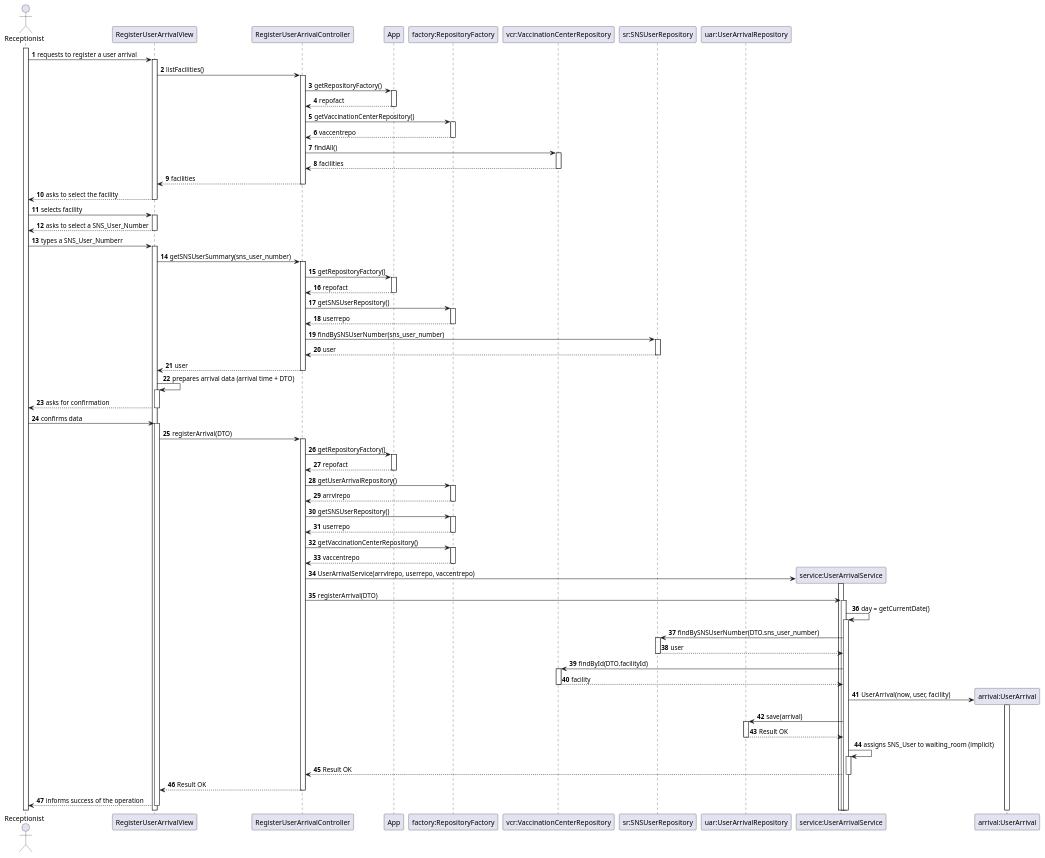
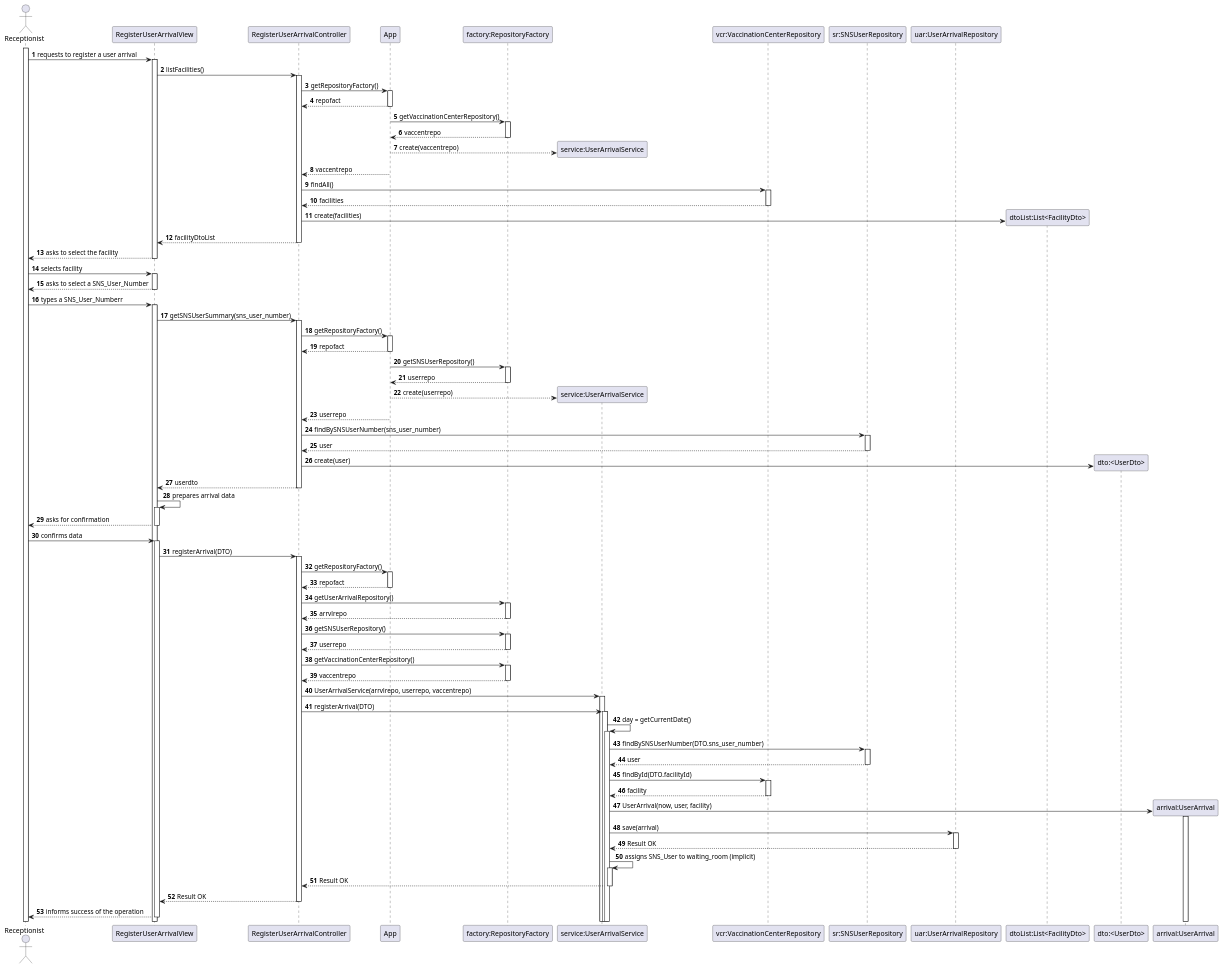
Before and after one commit to Parafita123/leti-esoft-25-26-B1: the diagram in docs/system-documentation/US22/puml/US22-SD.puml, drawn with PlantUML. The commit also changed 250 other files, not shown here.

```diff
--- a/docs/system-documentation/US22/puml/US22-SD.puml
+++ b/docs/system-documentation/US22/puml/US22-SD.puml
@@ -1,86 +1,93 @@
 @startuml
 'https://plantuml.com/sequence-diagram
 autoactivate on
 autonumber
 
 
 actor Receptionist as recep
 participant RegisterUserArrivalView as View
 participant RegisterUserArrivalController as controller
 participant App as app
 
 activate recep
 
 participant "factory:RepositoryFactory" as repofact
+participant "service:UserArrivalService" as service
 participant "vcr:VaccinationCenterRepository" as vaccentrepo
 participant "sr:SNSUserRepository" as userrepo
 participant "uar:UserArrivalRepository" as arrvlrepo
+participant "dtoList:List<FacilityDto>" as FacilityDtoList
+participant "dto:<UserDto>" as userdto
 
-participant "service:UserArrivalService" as service
 participant "arrival:UserArrival" as arrival
 
 
 recep -> View: requests to register a user arrival
 
 View -> controller: listFacilities()
 controller -> app: getRepositoryFactory()
 app --> controller: repofact
-controller -> repofact: getVaccinationCenterRepository()
-repofact --> controller: vaccentrepo
+app -> repofact: getVaccinationCenterRepository()
+repofact --> app: vaccentrepo
+app --> service**: create(vaccentrepo)
+app --> controller: vaccentrepo
 controller -> vaccentrepo: findAll()
 vaccentrepo --> controller: facilities
-controller --> View: facilities
+controller -> FacilityDtoList**: create(facilities)
+controller --> View: facilityDtoList
 
 View --> recep: asks to select the facility
 recep -> View: selects facility
 
 View --> recep: asks to select a SNS_User_Number
 recep -> View:  types a SNS_User_Numberr
 
 View -> controller: getSNSUserSummary(sns_user_number)
 controller -> app: getRepositoryFactory()
 app --> controller: repofact
-controller -> repofact: getSNSUserRepository()
-repofact --> controller: userrepo
+app -> repofact: getSNSUserRepository()
+repofact --> app: userrepo
+app --> service**: create(userrepo)
+app --> controller: userrepo
 controller -> userrepo: findBySNSUserNumber(sns_user_number)
 userrepo --> controller: user
-controller --> View: user
+controller -> userdto**: create(user)
+controller --> View: userdto
 
-View -> View: prepares arrival data (arrival time + DTO)
+View -> View: prepares arrival data
 View --> recep: asks for confirmation
 recep -> View: confirms data
 
 View -> controller: registerArrival(DTO)
 
 controller -> app: getRepositoryFactory()
 app --> controller: repofact
 controller -> repofact: getUserArrivalRepository()
 repofact --> controller: arrvlrepo
 controller -> repofact: getSNSUserRepository()
 repofact --> controller: userrepo
 controller -> repofact: getVaccinationCenterRepository()
 repofact --> controller: vaccentrepo
 
-create service
 controller -> service: UserArrivalService(arrvlrepo, userrepo, vaccentrepo)
 
 controller -> service: registerArrival(DTO)
 
 service -> service: day = getCurrentDate()
 service -> userrepo: findBySNSUserNumber(DTO.sns_user_number)
 userrepo --> service: user
 service -> vaccentrepo: findById(DTO.facilityId)
 vaccentrepo --> service: facility
 
 create arrival
 service -> arrival: UserArrival(now, user, facility)
 
 service -> arrvlrepo: save(arrival)
 arrvlrepo --> service: Result OK
 
 service -> service: assigns SNS_User to waiting_room (implicit)
 service --> controller: Result OK
 controller --> View: Result OK
 View --> recep: informs success of the operation
 
 @enduml
```
